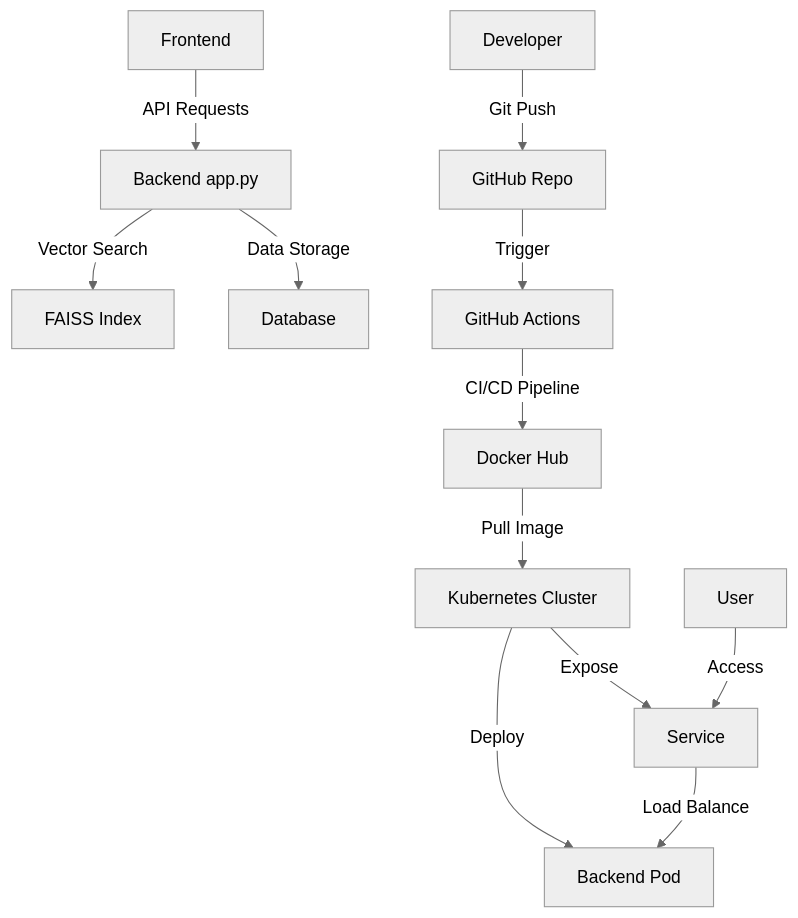
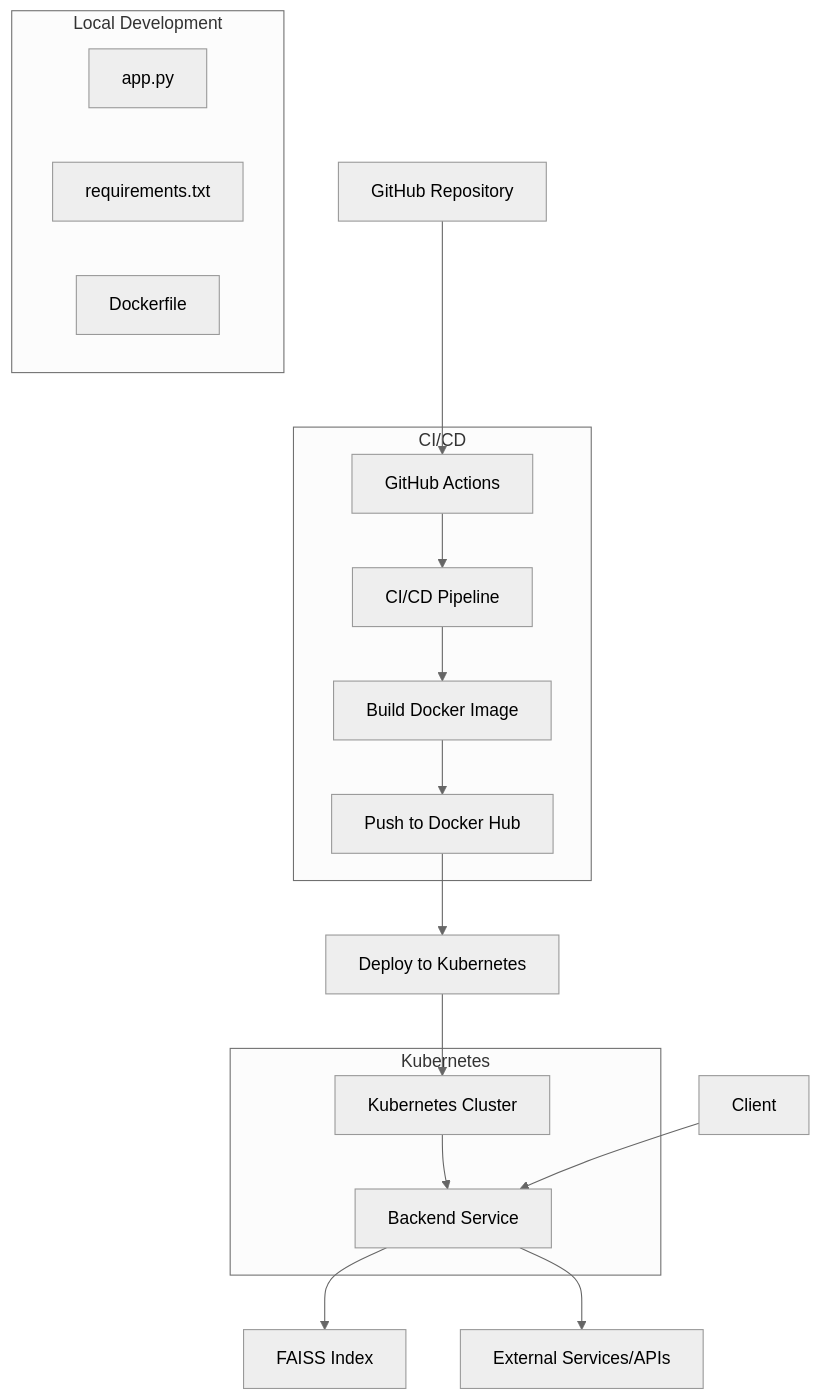
Before and after one commit to ashwanth01-pixel/flaskapp: the diagram in Design.md, drawn with Mermaid (neutral theme). The commit also changed other lines of this file and 2 other files, not shown here.

Commit message:
Automated: Add repo analysis, suggested fixes, and design diagram

````diff
--- a/Design.md
+++ b/Design.md
@@ -7,14 +7,31 @@
 ```mermaid
 graph TD;
-    A[Frontend] -->|API Requests| B[Backend app.py];
-    B -->|Vector Search| C[FAISS Index];
-    B -->|Data Storage| D[Database];
-    E[GitHub Actions] -->|CI/CD Pipeline| F[Docker Hub];
-    F -->|Pull Image| G[Kubernetes Cluster];
-    G -->|Deploy| H[Backend Pod];
-    G -->|Expose| I[Service];
-    I -->|Load Balance| H;
-    J[Developer] -->|Git Push| K[GitHub Repo];
-    K -->|Trigger| E;
-    L[User] -->|Access| I;
+    A[GitHub Repository] --> B[GitHub Actions]
+    B --> C[CI/CD Pipeline]
+    C --> D[Build Docker Image]
+    D --> E[Push to Docker Hub]
+    E --> F[Deploy to Kubernetes]
+    F --> G[Kubernetes Cluster]
+    G --> H[Backend Service]
+    H --> I[FAISS Index]
+    J[Client] --> H
+    H --> K[External Services/APIs]
+
+    subgraph "Kubernetes"
+    G
+    H
+    end
+
+    subgraph "Local Development"
+    L[app.py]
+    M[requirements.txt]
+    N[Dockerfile]
+    end
+
+    subgraph "CI/CD"
+    B
+    C
+    D
+    E
+    end
 ```
````
